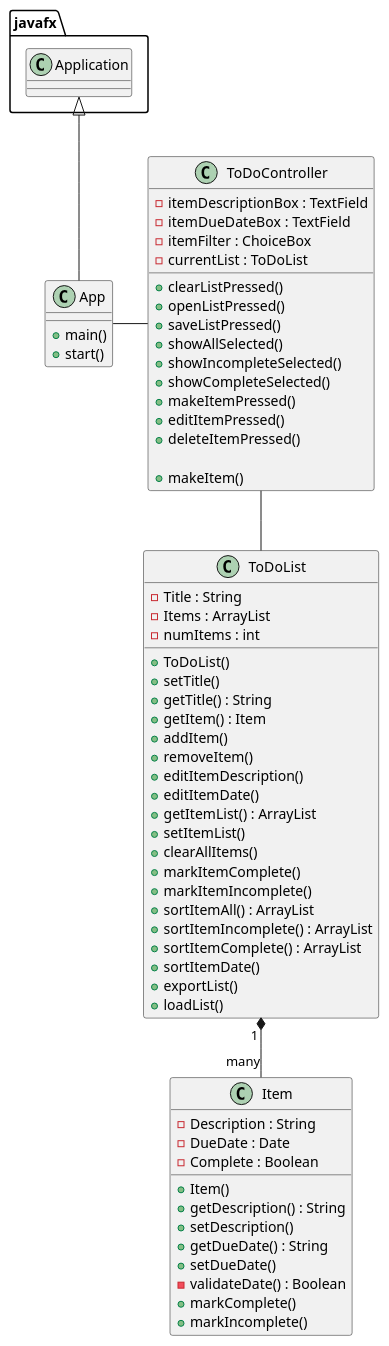
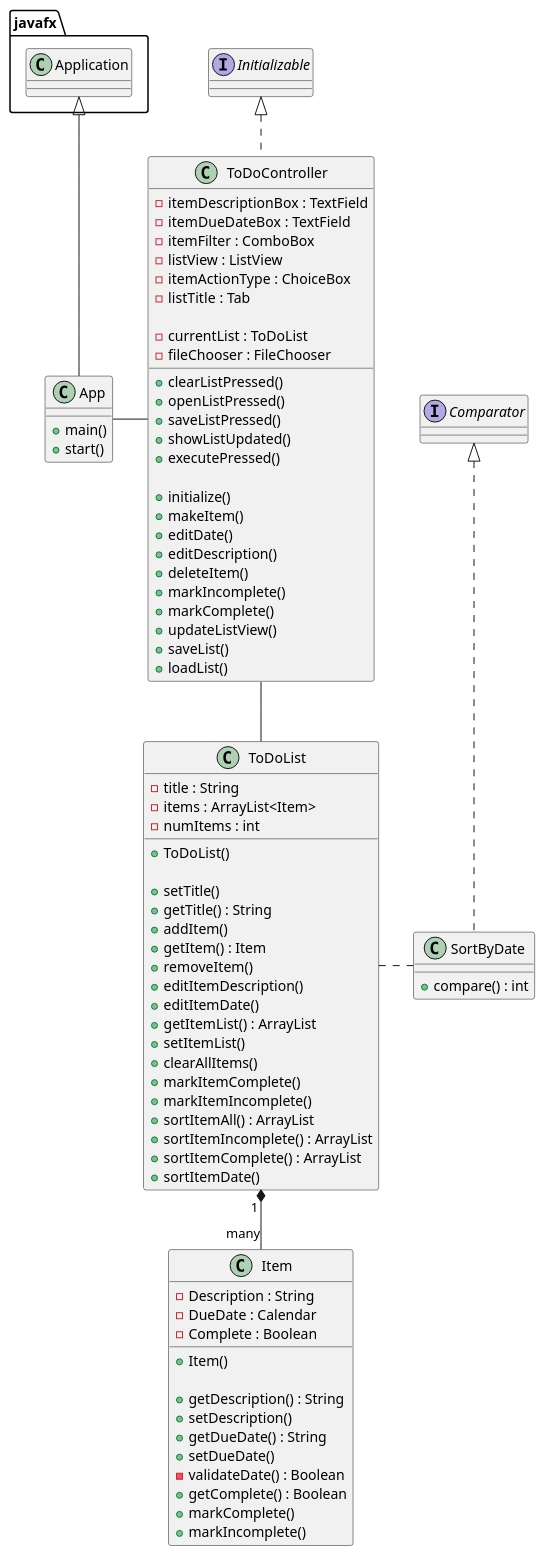
Before and after one commit to kieran-l-jimenez/jimenez-cop3330-assignment4part2: the diagram in uml/ToDoUML.puml, drawn with PlantUML. The commit also changed 5 other files, not shown here.

First line of the commit message:
Updates readme.md & UML and provides fileIO functionality

```diff
--- a/uml/ToDoUML.puml
+++ b/uml/ToDoUML.puml
@@ -1,88 +1,108 @@
 @startuml
+
+interface Comparator{}
+interface Initializable{}
 
 class App {
     + main()
     + start()
 }
 
 class ToDoController {
 - itemDescriptionBox : TextField
 - itemDueDateBox : TextField
-- itemFilter : ChoiceBox
+- itemFilter : ComboBox
+- listView : ListView
+- itemActionType : ChoiceBox
+- listTitle : Tab
+
 - currentList : ToDoList
+- fileChooser : FileChooser
 
 + clearListPressed()
 + openListPressed()
 + saveListPressed()
-+ showAllSelected()
-+ showIncompleteSelected()
-+ showCompleteSelected()
-+ makeItemPressed()
-+ editItemPressed()
-+ deleteItemPressed()
++ showListUpdated()
++ executePressed()
 
++ initialize()
 + makeItem()
++ editDate()
++ editDescription()
++ deleteItem()
++ markIncomplete()
++ markComplete()
++ updateListView()
++ saveList()
+'Req 13
++ loadList()
+'Req 14
 }
 
 'Req 1
 class ToDoList {
-- Title : String
-- Items : ArrayList
+- title : String
+- items : ArrayList<Item>
 - numItems : int
 
 + ToDoList()
+
 + setTitle()
 + getTitle() : String
-+ getItem() : Item
 + addItem()
 'Req 4
++ getItem() : Item
 + removeItem()
 'Req 5
 + editItemDescription()
 'Req 7
 + editItemDate()
 'Req 8
 + getItemList() : ArrayList
 + setItemList()
 + clearAllItems()
 'Req 6
 + markItemComplete()
 + markItemIncomplete()
 'Req 9
 + sortItemAll() : ArrayList
 'Req 10
 + sortItemIncomplete() : ArrayList
 'Req 11
 + sortItemComplete() : ArrayList
 'Req 12
 + sortItemDate()
-+ exportList()
-'Req 13
-+ loadList()
-'Req 14
 }
 
 class Item {
 - Description : String
 'Req 2
-- DueDate : Date
+- DueDate : Calendar
 'Req 3
 'Format: YYYY-MM-DD
 - Complete : Boolean
 
 + Item()
+
 + getDescription() : String
 + setDescription()
 + getDueDate() : String
 + setDueDate()
 - validateDate() : Boolean
-'Req 3.1: see if 1)DD doesn't go past max for the month, 2)positive numbers
++ getComplete() : Boolean
 + markComplete()
 + markIncomplete()
+}
+
+class SortByDate {
++ compare() : int
 }
 
 ToDoList "1 " *-- "many" Item
 App - ToDoController
 ToDoController -- ToDoList
 javafx.Application <|-- App
+Comparator <|.. SortByDate
+Initializable <|.. ToDoController
+ToDoList . SortByDate
 @enduml
```
